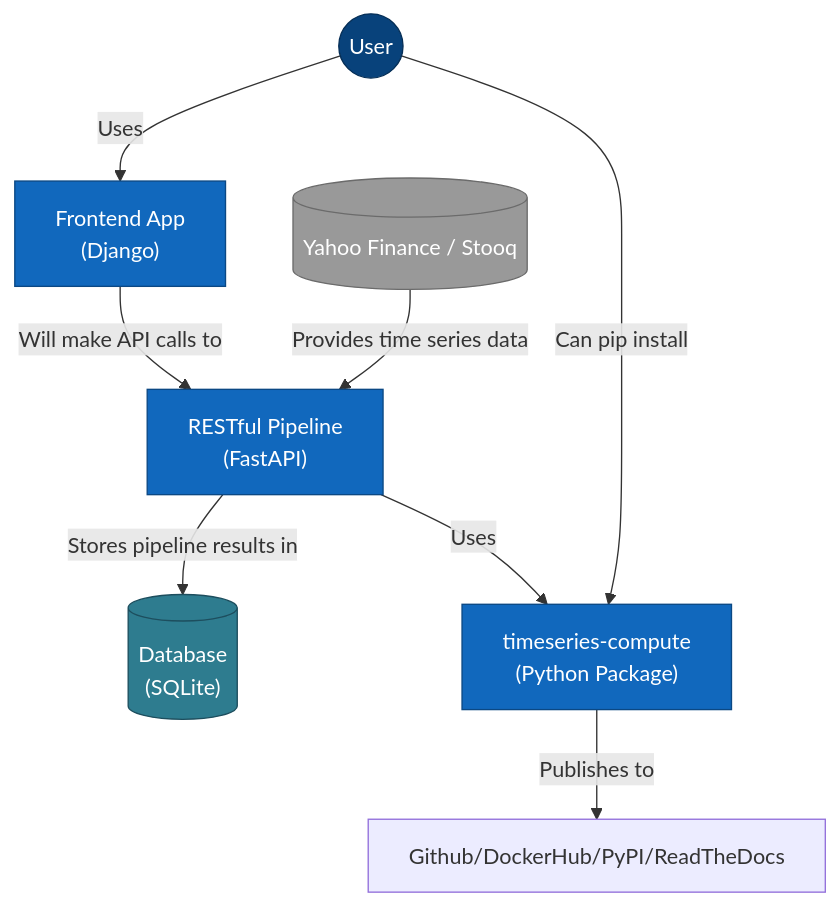
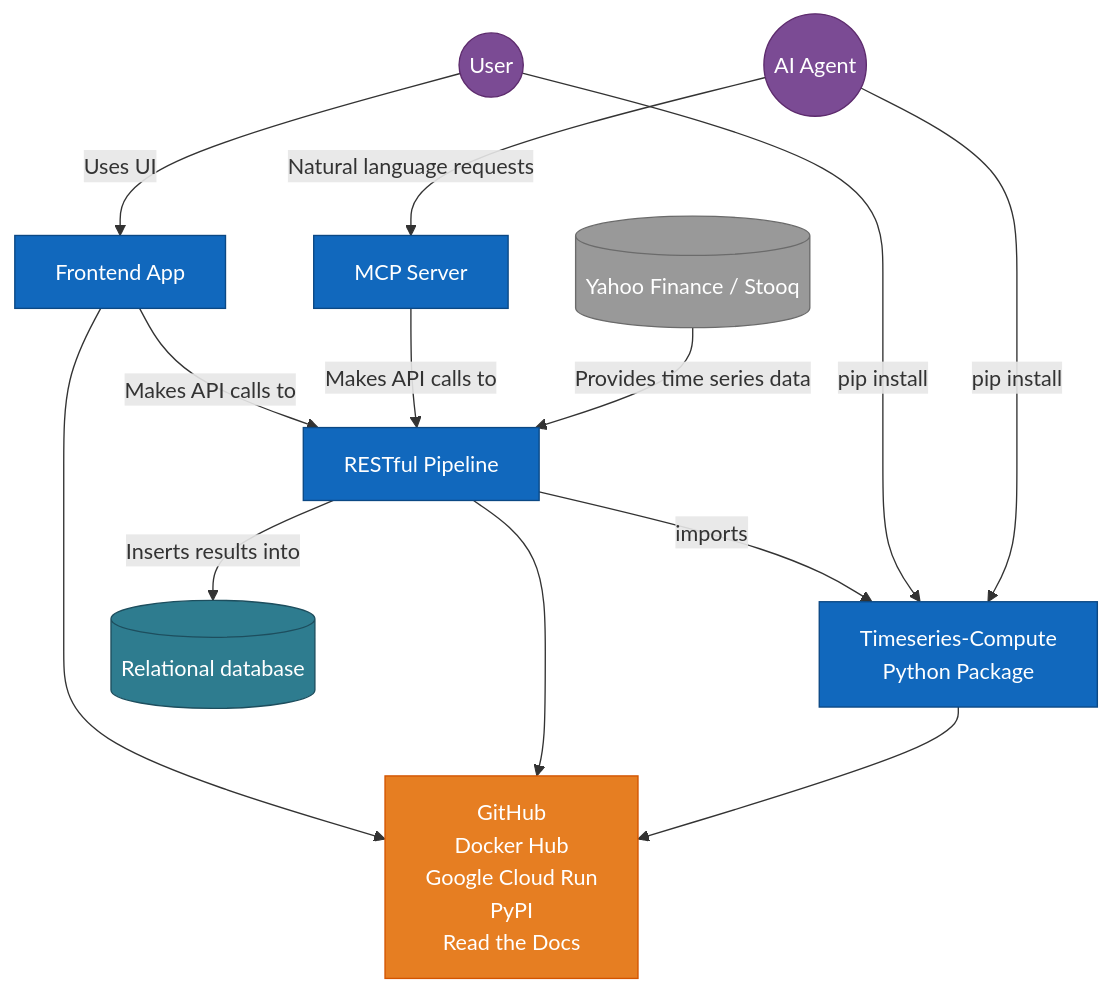
The first of 4 diagrams in README.md (garthmortensen/timeseries-frontend), drawn with Mermaid before and after one commit. The commit also changed other lines of this file and 1 other file, not shown here.

Commit message:
API: update hrefs to evaluate to new api.spilloverlab

````diff
--- a/README.md
+++ b/README.md
@@ -34,35 +33,51 @@
 ```mermaid
 flowchart TB
     %% Styling
-    classDef person fill:#08427B,color:#fff,stroke:#052E56,stroke-width:1px
+    classDef person fill:#7B4B94,color:#fff,stroke:#5D2B6D,stroke-width:1px
+    classDef agent fill:#7B4B94,color:#fff,stroke:#5D2B6D,stroke-width:1px
     classDef system fill:#1168BD,color:#fff,stroke:#0B4884,stroke-width:1px
     classDef external fill:#999999,color:#fff,stroke:#6B6B6B,stroke-width:1px
     classDef database fill:#2E7C8F,color:#fff,stroke:#1D4E5E,stroke-width:1px
+    classDef publishing fill:#E67E22,color:#fff,stroke:#D35400,stroke-width:1px
     
     %% Actors and Systems
     User((User)):::person
+    AIAgent((AI Agent)):::agent
     
     %% Main Systems
-    TimeSeriesFrontend["Frontend App
-    (Django)"]:::system
-    TimeSeriesPipeline["RESTful Pipeline
-    (FastAPI)"]:::system
-    TimeseriesCompute["timeseries-compute
-    (Python Package)"]:::system
+    TimeSeriesFrontend["Frontend App"]:::system
+    TimeSeriesPipeline["RESTful Pipeline"]:::system
+    MCPServer["MCP Server"]:::system
+    TimeseriesCompute["Timeseries-Compute 
+    Python Package"]:::system
     
     %% Database
-    TimeSeriesDB[("Database
-    (SQLite)")]:::database
+    TimeSeriesDB[("Relational database")]:::database
     
     %% External Systems
     ExternalDataSource[(Yahoo Finance / Stooq)]:::external
     
+    %% Publishing Platforms
+    PublishingPlatforms["
+    GitHub
+    Docker Hub
+    Google Cloud Run
+    PyPI
+    Read the Docs"]:::publishing
+    
     %% Relationships
-    User -- "Uses" --> TimeSeriesFrontend
-    TimeSeriesFrontend -- "Will make API calls to" --> TimeSeriesPipeline
-    TimeSeriesPipeline -- "Stores pipeline results in" --> TimeSeriesDB
-    TimeSeriesPipeline -- "Uses" --> TimeseriesCompute
-    User -- "Can pip install" --> TimeseriesCompute
+    User -- "Uses UI" --> TimeSeriesFrontend
+    AIAgent -- "Natural language requests" --> MCPServer
+    TimeSeriesFrontend -- "Makes API calls to" --> TimeSeriesPipeline
+    MCPServer -- "Makes API calls to" --> TimeSeriesPipeline
+    TimeSeriesPipeline -- "Inserts results into" --> TimeSeriesDB
+    TimeSeriesPipeline -- "imports" --> TimeseriesCompute
+    User -- "pip install" --> TimeseriesCompute
+    AIAgent -- "pip install" --> TimeseriesCompute
     ExternalDataSource -- "Provides time series data" --> TimeSeriesPipeline
-    TimeseriesCompute -- "Publishes to" --> Github/DockerHub/PyPI/ReadTheDocs
+    
+    %% Publishing relationships (simplified)
+    TimeSeriesFrontend  --> PublishingPlatforms
+    TimeSeriesPipeline --> PublishingPlatforms
+    TimeseriesCompute --> PublishingPlatforms
 ```
````
